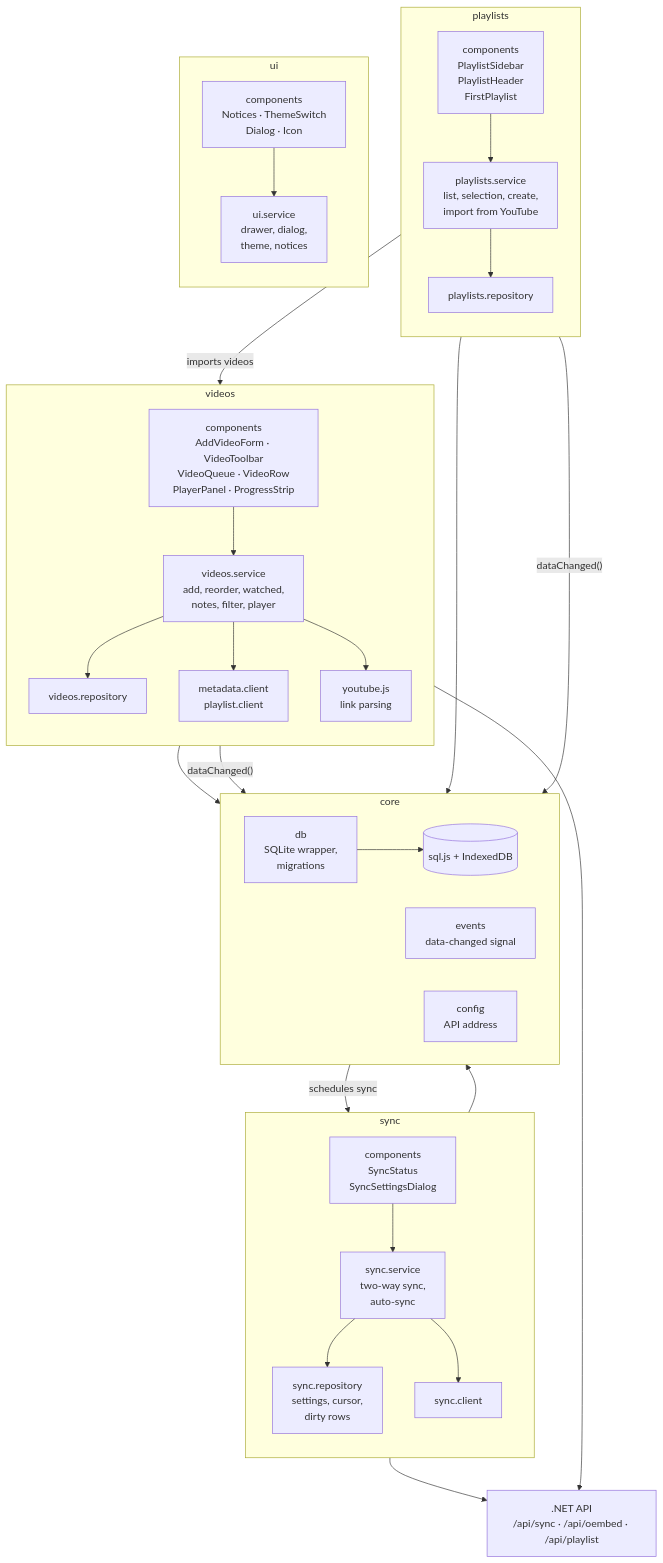
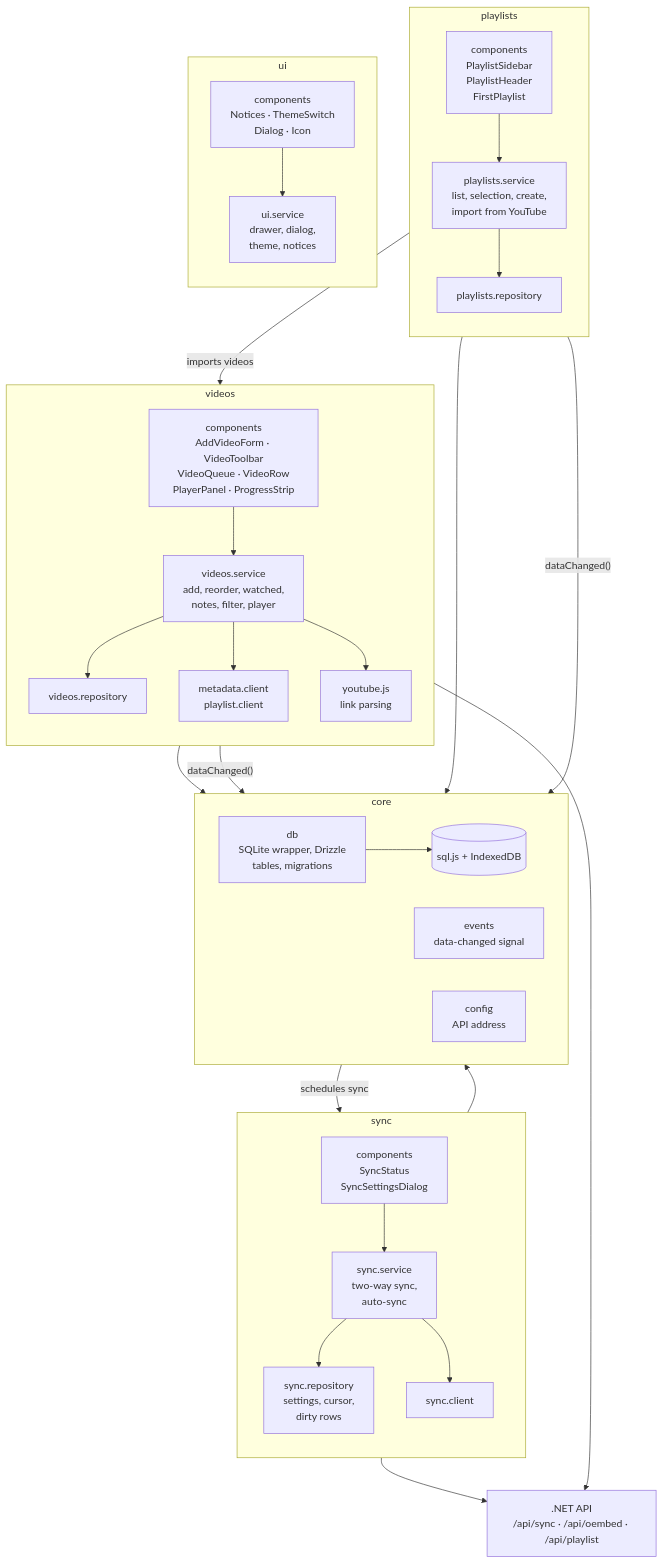
The first of 3 diagrams in docs/architecture.md (jestra52/yt-playlist-manager), drawn with Mermaid before and after one commit. The commit also changed other lines of this file and 16 other files, not shown here.

First line of the commit message:
Use Drizzle ORM for the web app's SQLite queries

````diff
--- a/docs/architecture.md
+++ b/docs/architecture.md
@@ -11,58 +11,58 @@
 ```mermaid
 flowchart TB
     subgraph playlists["playlists"]
         direction TB
         pComp["components<br/>PlaylistSidebar<br/>PlaylistHeader<br/>FirstPlaylist"]
         pSvc["playlists.service<br/>list, selection, create,<br/>import from YouTube"]
         pRepo["playlists.repository"]
         pComp --> pSvc --> pRepo
     end
 
     subgraph videos["videos"]
         direction TB
         vComp["components<br/>AddVideoForm · VideoToolbar<br/>VideoQueue · VideoRow<br/>PlayerPanel · ProgressStrip"]
         vSvc["videos.service<br/>add, reorder, watched,<br/>notes, filter, player"]
         vRepo["videos.repository"]
         vClients["metadata.client<br/>playlist.client"]
         vRules["youtube.js<br/>link parsing"]
         vComp --> vSvc
         vSvc --> vRepo
         vSvc --> vClients
         vSvc --> vRules
     end
 
     subgraph sync["sync"]
         direction TB
         sComp["components<br/>SyncStatus<br/>SyncSettingsDialog"]
         sSvc["sync.service<br/>two-way sync,<br/>auto-sync"]
         sRepo["sync.repository<br/>settings, cursor,<br/>dirty rows"]
         sClient["sync.client"]
         sComp --> sSvc
         sSvc --> sRepo
         sSvc --> sClient
     end
 
     subgraph ui["ui"]
         direction TB
         uComp["components<br/>Notices · ThemeSwitch<br/>Dialog · Icon"]
         uSvc["ui.service<br/>drawer, dialog,<br/>theme, notices"]
         uComp --> uSvc
     end
 
     subgraph core["core"]
         direction LR
-        db["db<br/>SQLite wrapper,<br/>migrations"]
+        db["db<br/>SQLite wrapper, Drizzle<br/>tables, migrations"]
         storage[("sql.js + IndexedDB")]
         events["events<br/>data-changed signal"]
         config["config<br/>API address"]
         db --> storage
     end
 
     api[".NET API<br/>/api/sync · /api/oembed · /api/playlist"]
 
     pSvc -- "imports videos" --> vSvc
     pRepo & vRepo & sRepo --> db
     pSvc & vSvc -- "dataChanged()" --> events
     events -- "schedules sync" --> sSvc
     vClients & sClient --> api
 ```
````
